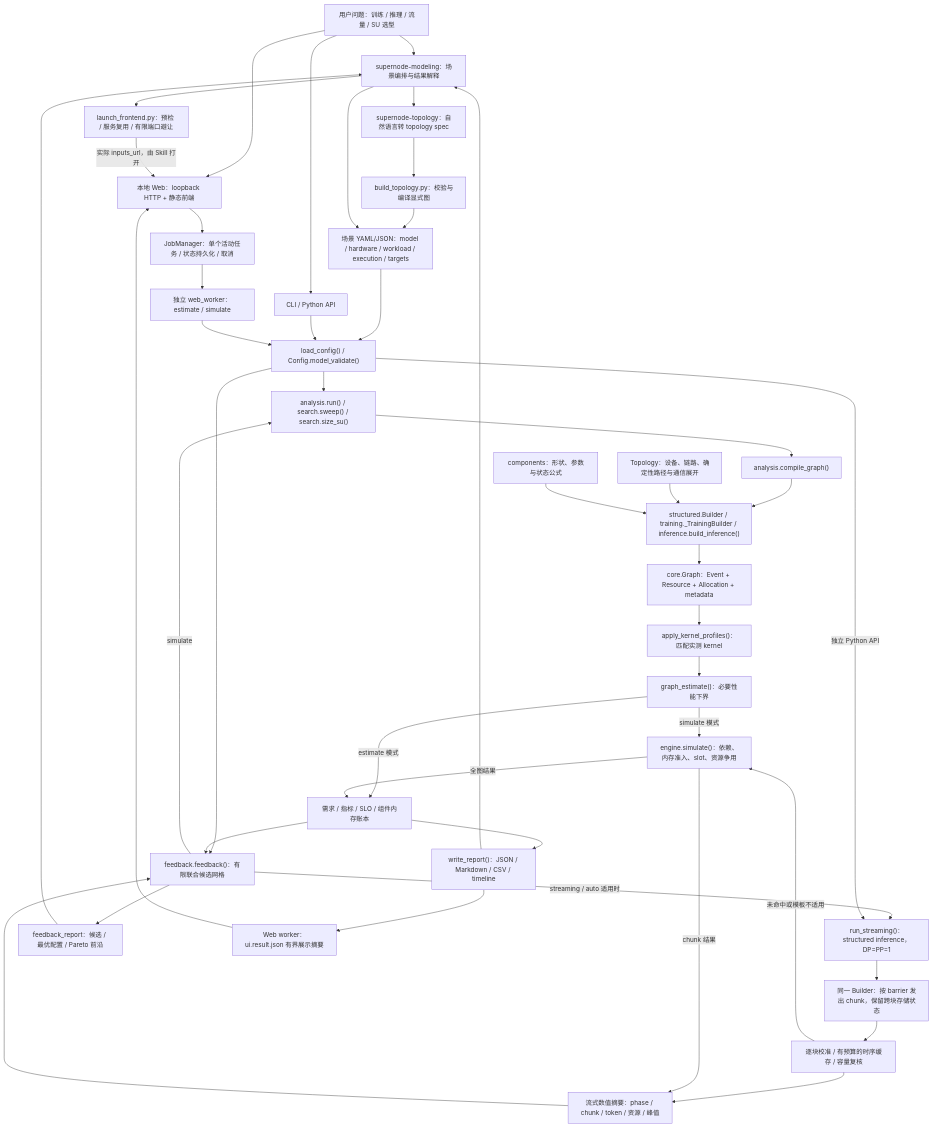
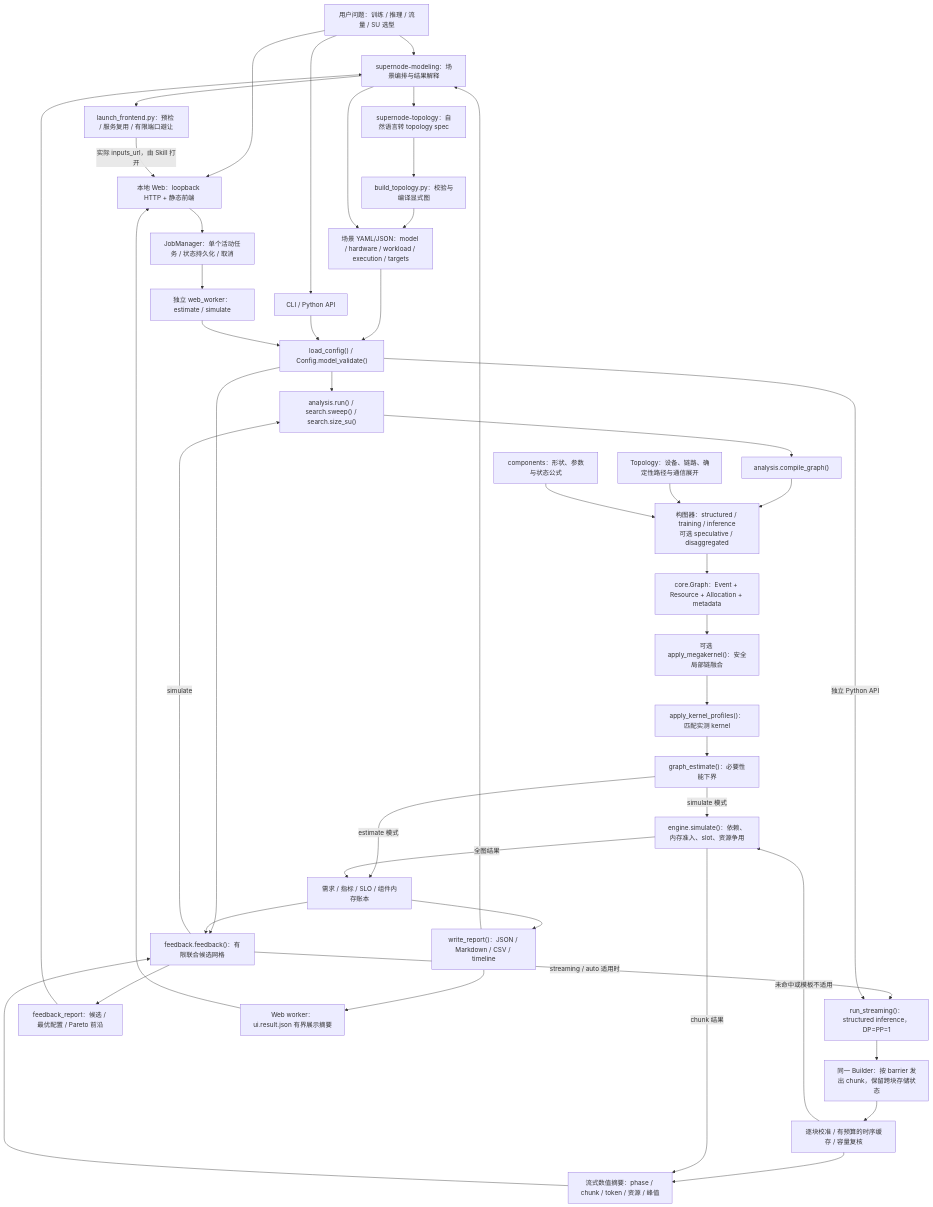
The diagram in docs/diagrams/00-architecture.mmd (GuangyuZhu04/supernode_simulation), drawn with Mermaid before and after one commit. The commit also changed 29 other files, not shown here.

```diff
--- a/docs/diagrams/00-architecture.mmd
+++ b/docs/diagrams/00-architecture.mmd
@@ -1,43 +1,44 @@
 flowchart TB
     U["用户问题：训练 / 推理 / 流量 / SU 选型"] --> S["supernode-modeling：场景编排与结果解释"]
     U --> CLI["CLI / Python API"]
     U --> W["本地 Web：loopback HTTP + 静态前端"]
     S --> LF["launch_frontend.py：预检 / 服务复用 / 有限端口避让"]
     LF -->|实际 inputs_url，由 Skill 打开| W
     S --> TS["supernode-topology：自然语言转 topology spec"]
     TS --> TC["build_topology.py：校验与编译显式图"]
     TC --> C
     S --> C["场景 YAML/JSON：model / hardware / workload / execution / targets"]
     C --> V["load_config() / Config.model_validate()"]
     CLI --> V
     W --> J["JobManager：单个活动任务 / 状态持久化 / 取消"]
     J --> WW["独立 web_worker：estimate / simulate"]
     WW --> V
     V --> A["analysis.run() / search.sweep() / search.size_su()"]
     V --> F["feedback.feedback()：有限联合候选网格"]
     F -->|simulate| A
     F -->|streaming / auto 适用时| L["run_streaming()：structured inference，DP=PP=1"]
     V -->|独立 Python API| L
     A --> G["analysis.compile_graph()"]
-    G --> B["structured.Builder / training._TrainingBuilder / inference.build_inference()"]
+    G --> B["构图器：structured / training / inference<br/>可选 speculative / disaggregated"]
     B --> D["core.Graph：Event + Resource + Allocation + metadata"]
     T["Topology：设备、链路、确定性路径与通信展开"] --> B
     P["components：形状、参数与状态公式"] --> B
-    D --> K["apply_kernel_profiles()：匹配实测 kernel"]
+    D --> MK["可选 apply_megakernel()：安全局部链融合"]
+    MK --> K["apply_kernel_profiles()：匹配实测 kernel"]
     K --> E["graph_estimate()：必要性能下界"]
     E -->|simulate 模式| X["engine.simulate()：依赖、内存准入、slot、资源争用"]
     E -->|estimate 模式| R["需求 / 指标 / SLO / 组件内存账本"]
     X -->|全图结果| R
     R --> O["write_report()：JSON / Markdown / CSV / timeline"]
     L --> SB["同一 Builder：按 barrier 发出 chunk，保留跨块存储状态"]
     SB --> CK["逐块校准 / 有预算的时序缓存 / 容量复核"]
     CK -->|未命中或模板不适用| X
     CK --> Q["流式数值摘要：phase / chunk / token / 资源 / 峰值"]
     X -->|chunk 结果| Q
     Q --> F
     R --> F
     F --> FO["feedback_report：候选 / 最优配置 / Pareto 前沿"]
     O --> UI["Web worker：ui.result.json 有界展示摘要"]
     UI --> W
     O --> S
     FO --> S
```
